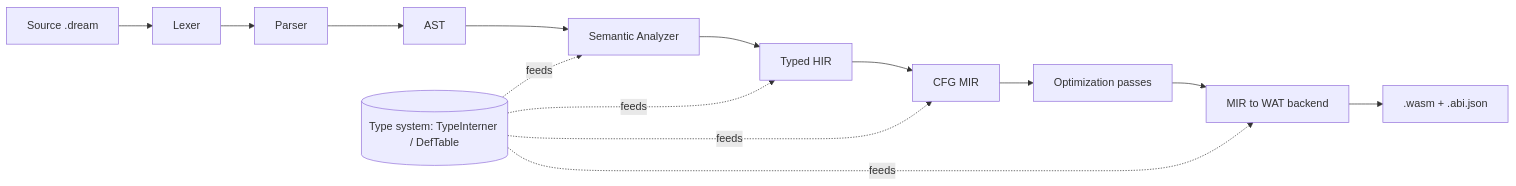
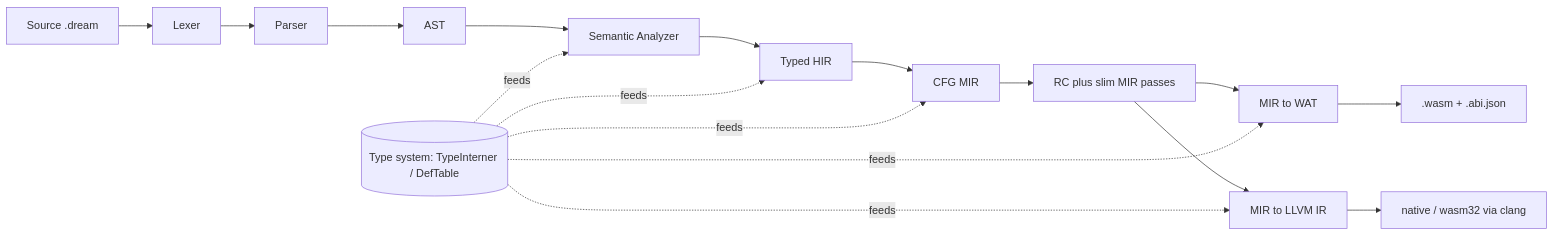
Before and after one commit to sps014/dream: the first of 2 diagrams in docs/internals/README.md, drawn with Mermaid. The commit also changed other lines of this file and 105 other files, not shown here.

````diff
--- a/docs/internals/README.md
+++ b/docs/internals/README.md
@@ -37,17 +39,20 @@
 ```mermaid
 flowchart LR
     SRC[Source .dream] --> LEX[Lexer]
     LEX --> PAR[Parser]
     PAR --> AST[AST]
     AST --> SEMA[Semantic Analyzer]
     SEMA --> HIR[Typed HIR]
     HIR --> MIR[CFG MIR]
-    MIR --> OPT[Optimization passes]
-    OPT --> WAT[MIR to WAT backend]
+    MIR --> OPT[RC plus slim MIR passes]
+    OPT --> WAT[MIR to WAT]
+    OPT --> LLVM[MIR to LLVM IR]
     WAT --> WASM[.wasm + .abi.json]
+    LLVM --> NATIVE[native / wasm32 via clang]
 
     TYPES[(Type system: TypeInterner / DefTable)] -.feeds.-> SEMA
     TYPES -.feeds.-> HIR
     TYPES -.feeds.-> MIR
     TYPES -.feeds.-> WAT
+    TYPES -.feeds.-> LLVM
 ```
````
